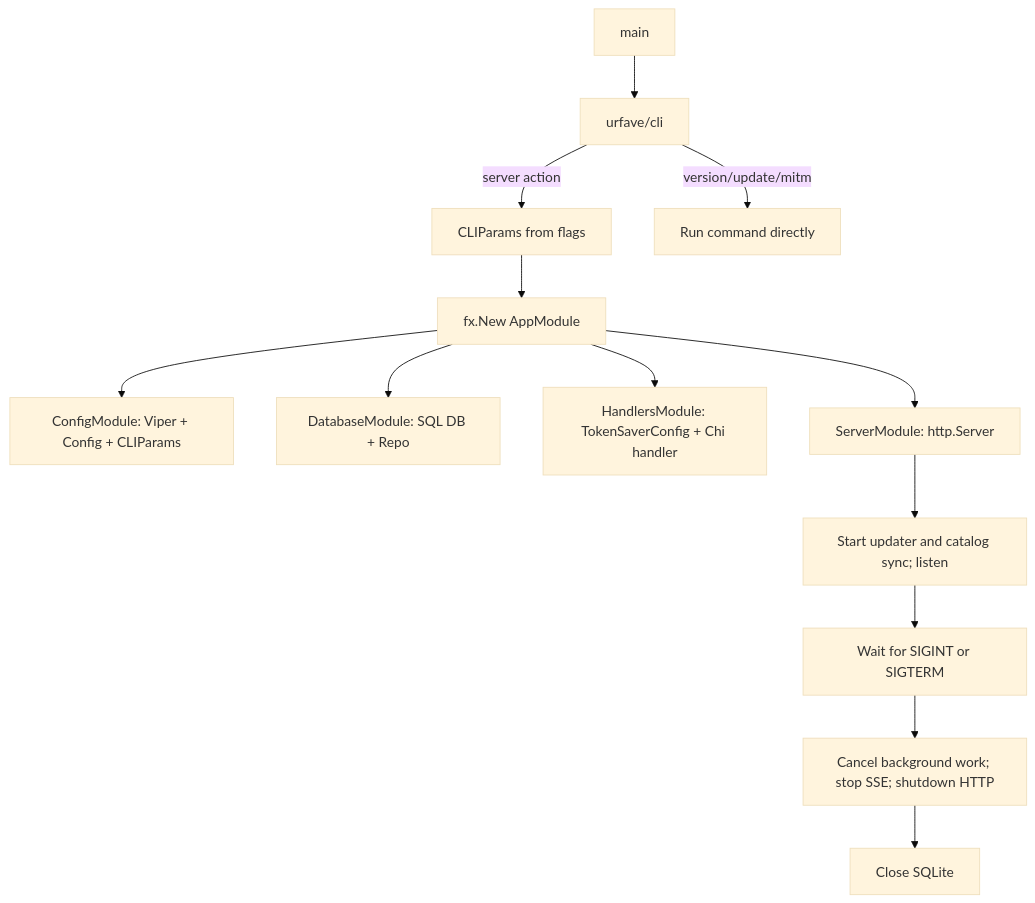
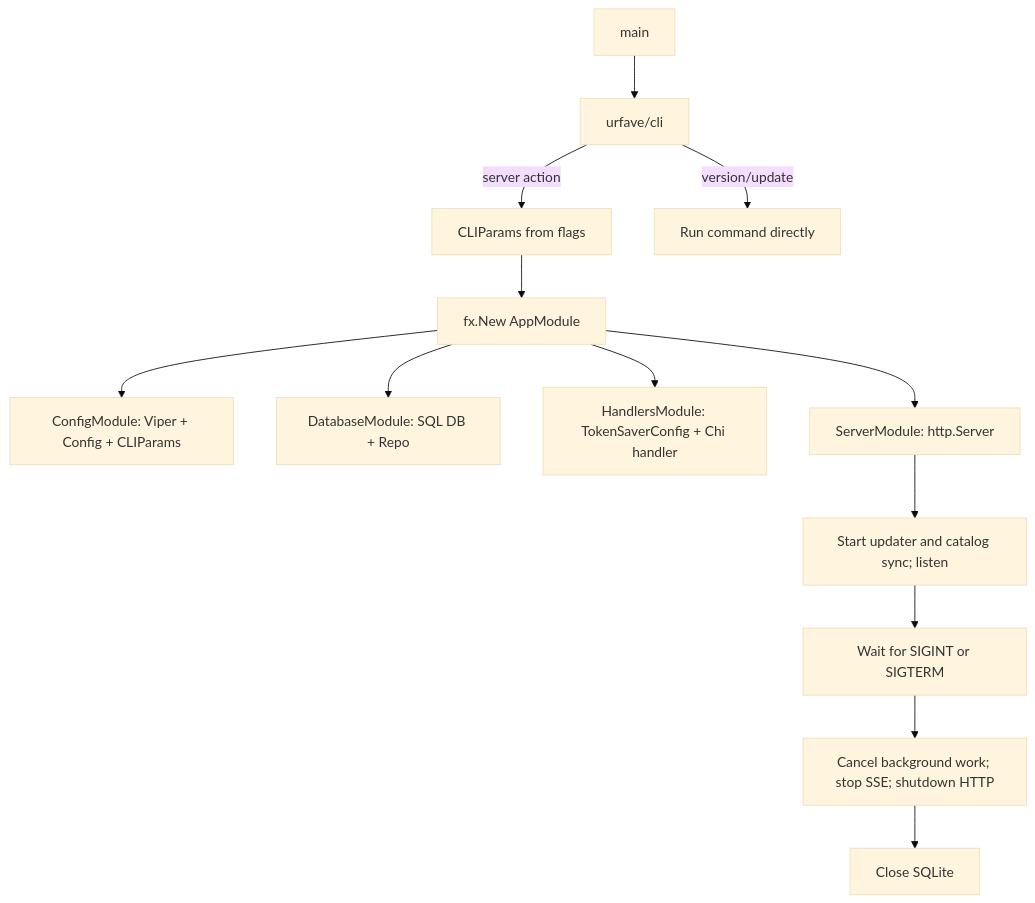
The second of 3 diagrams in docs/human/ARCHITECTURE.md (farhanaltariq/9router-go), drawn with Mermaid (base theme) before and after one commit. The commit also changed 27 other files, not shown here.

````diff
--- a/docs/human/ARCHITECTURE.md
+++ b/docs/human/ARCHITECTURE.md
@@ -59,15 +59,15 @@
 ```mermaid
 flowchart TD
     Main[main] --> CLI[urfave/cli]
     CLI -->|server action| Params[CLIParams from flags]
-    CLI -->|version/update/mitm| Command[Run command directly]
+    CLI -->|version/update| Command[Run command directly]
     Params --> Fx[fx.New AppModule]
     Fx --> Config[ConfigModule: Viper + Config + CLIParams]
     Fx --> Database[DatabaseModule: SQL DB + Repo]
     Fx --> Handlers[HandlersModule: TokenSaverConfig + Chi handler]
     Fx --> Server[ServerModule: http.Server]
     Server --> OnStart[Start updater and catalog sync; listen]
     OnStart --> Signal[Wait for SIGINT or SIGTERM]
     Signal --> OnStop[Cancel background work; stop SSE; shutdown HTTP]
     OnStop --> DBClose[Close SQLite]
 ```
````
